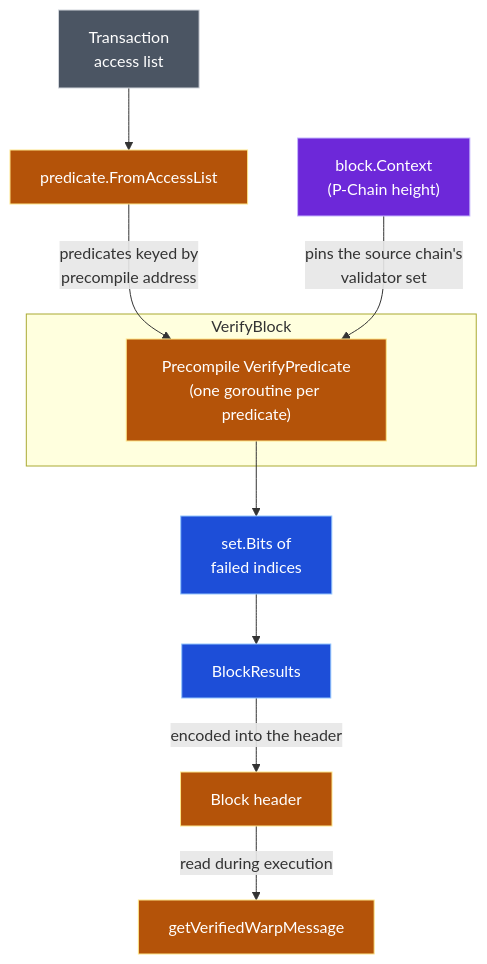
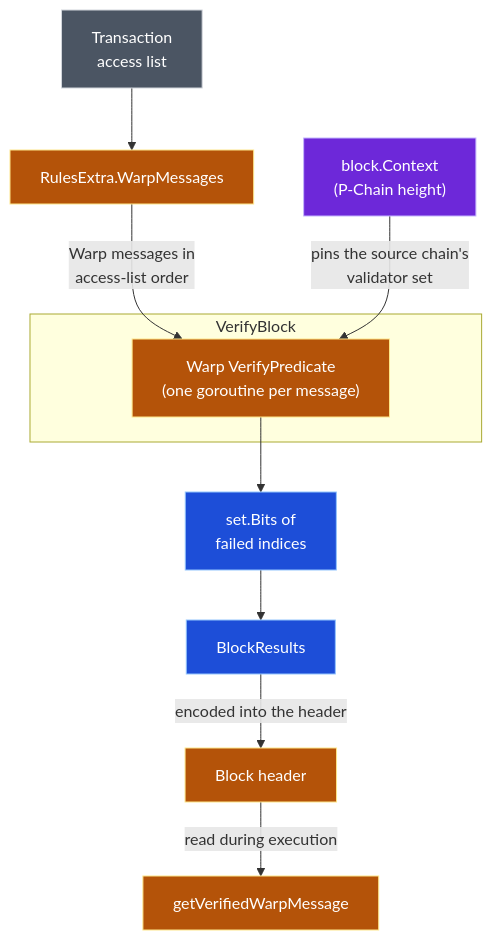
One commit to ava-labs/avalanchego changed the third of 3 diagrams in vms/saevm/cchain/warp/README.md. Above: the diagram before and after it, drawn with Mermaid. The commit also changed 12 other files, not shown here.

Commit message:
refactor(coreth): drop predicate plumbing for Warp messages

````diff
--- a/vms/saevm/cchain/warp/README.md
+++ b/vms/saevm/cchain/warp/README.md
@@ -122,26 +122,26 @@
 ```mermaid
 flowchart TD
     tx["Transaction<br/>access list"]:::ext
-    fal["predicate.FromAccessList"]:::evm
+    fal["RulesExtra.WarpMessages"]:::evm
     bctx["block.Context<br/>(P-Chain height)"]:::plat
     bits["set.Bits of<br/>failed indices"]:::pkg
     res["BlockResults"]:::pkg
     hdr["Block header"]:::evm
     gvm["getVerifiedWarpMessage"]:::evm
 
     subgraph VB["VerifyBlock"]
-        vp["Precompile VerifyPredicate<br/>(one goroutine per predicate)"]:::evm
+        vp["Warp VerifyPredicate<br/>(one goroutine per message)"]:::evm
     end
 
     tx --> fal
-    fal -->|"predicates keyed by<br/>precompile address"| vp
+    fal -->|"Warp messages in<br/>access-list order"| vp
     bctx -->|"pins the source chain's<br/>validator set"| vp
     vp --> bits --> res
     res -->|"encoded into the header"| hdr
     hdr -->|"read during execution"| gvm
 
     classDef pkg fill:#1d4ed8,stroke:#93c5fd,color:#fff
     classDef evm fill:#b45309,stroke:#fde68a,color:#fff
     classDef plat fill:#6d28d9,stroke:#c4b5fd,color:#fff
     classDef ext fill:#4b5563,stroke:#d1d5db,color:#fff
 ```
````
